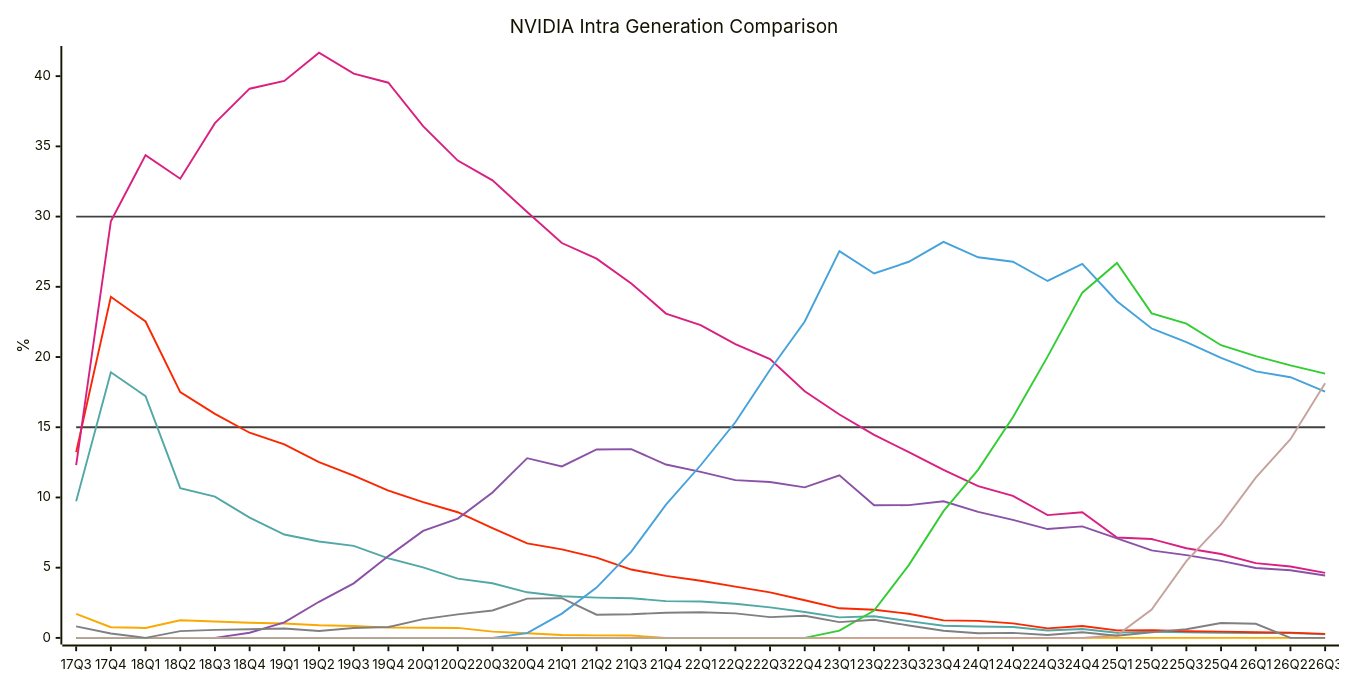
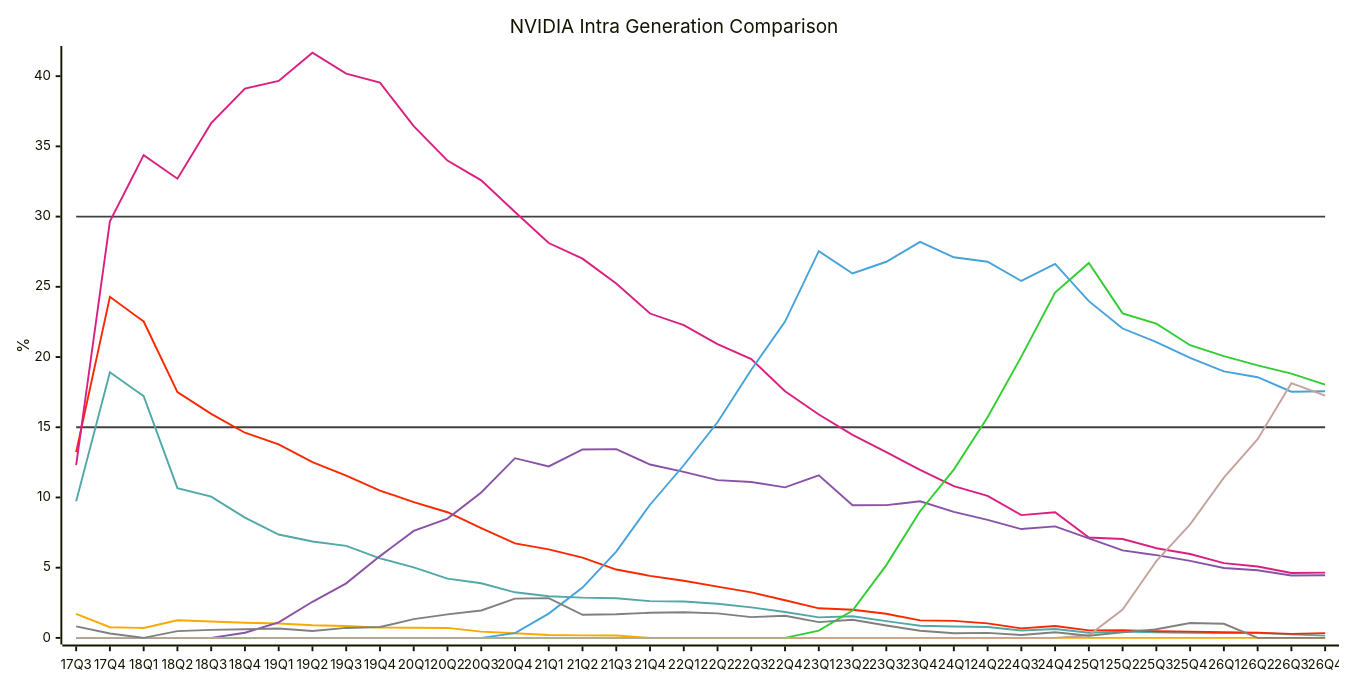
One commit to jdegene/steamHWsurvey changed the second of 31 diagrams in README.md. Above: the diagram before and after it, drawn with Mermaid. The commit also changed other lines of this file and 2 other files, not shown here.

````diff
--- a/README.md
+++ b/README.md
@@ -116,29 +116,29 @@
 ```mermaid
 ---
 config:
     xyChart:
         width: 1400
         height: 700
         
     themeVariables:
         xyChart:
             plotColorPalette: "#404040,#404040,#51a8a6,#f9a900,#f92800,#d92080,#8a52a6,#46a2da,#32CD32,#c6a29c,#808080"
 
 --- 
 
 xychart-beta
     title "NVIDIA Intra Generation Comparison"
-    x-axis [17Q3, 17Q4, 18Q1, 18Q2, 18Q3, 18Q4, 19Q1, 19Q2, 19Q3, 19Q4, 20Q1, 20Q2, 20Q3, 20Q4, 21Q1, 21Q2, 21Q3, 21Q4, 22Q1, 22Q2, 22Q3, 22Q4, 23Q1, 23Q2, 23Q3, 23Q4, 24Q1, 24Q2, 24Q3, 24Q4, 25Q1, 25Q2, 25Q3, 25Q4, 26Q1, 26Q2, 26Q3]
+    x-axis [17Q3, 17Q4, 18Q1, 18Q2, 18Q3, 18Q4, 19Q1, 19Q2, 19Q3, 19Q4, 20Q1, 20Q2, 20Q3, 20Q4, 21Q1, 21Q2, 21Q3, 21Q4, 22Q1, 22Q2, 22Q3, 22Q4, 23Q1, 23Q2, 23Q3, 23Q4, 24Q1, 24Q2, 24Q3, 24Q4, 25Q1, 25Q2, 25Q3, 25Q4, 26Q1, 26Q2, 26Q3, 26Q4]
     y-axis "%" 
- line [15, 15, 15, 15, 15, 15, 15, 15, 15, 15, 15, 15, 15, 15, 15, 15, 15, 15, 15, 15, 15, 15, 15, 15, 15, 15, 15, 15, 15, 15, 15, 15, 15, 15, 15, 15, 15]
- line [30, 30, 30, 30, 30, 30, 30, 30, 30, 30, 30, 30, 30, 30, 30, 30, 30, 30, 30, 30, 30, 30, 30, 30, 30, 30, 30, 30, 30, 30, 30, 30, 30, 30, 30, 30, 30]
-    line [9.725, 18.91, 17.213333333333335, 10.666666666666668, 10.056666666666668, 8.57, 7.359999999999999, 6.866666666666667, 6.553333333333333, 5.663333333333333, 5.026666666666666, 4.22, 3.8899999999999997, 3.2466666666666666, 2.9633333333333334, 2.8666666666666663, 2.8233333333333333, 2.62, 2.5866666666666664, 2.4266666666666667, 2.17, 1.8433333333333333, 1.4633333333333332, 1.5366666666666666, 1.1933333333333331, 0.8633333333333333, 0.8133333333333335, 0.78, 0.5266666666666667, 0.6366666666666666, 0.36666666666666664, 0.44333333333333336, 0.4, 0.36666666666666664, 0.345, 0.34, 0.25]
-    line [1.71, 0.76, 0.71, 1.26, 1.1633333333333333, 1.0799999999999998, 1.0233333333333332, 0.8966666666666666, 0.8433333333333333, 0.73, 0.7266666666666667, 0.71, 0.44333333333333336, 0.32666666666666666, 0.20666666666666667, 0.18000000000000002, 0.16999999999999998, 0, 0, 0, 0, 0, 0, 0, 0, 0, 0, 0, 0, 0, 0, 0, 0, 0, 0, 0, 0]
-    line [13.23, 24.28666666666667, 22.529999999999998, 17.503333333333334, 15.953333333333333, 14.610000000000001, 13.783333333333333, 12.520000000000001, 11.553333333333333, 10.489999999999998, 9.670000000000002, 8.946666666666667, 7.816666666666666, 6.7299999999999995, 6.303333333333333, 5.716666666666667, 4.866666666666667, 4.416666666666667, 4.066666666666666, 3.6533333333333333, 3.2433333333333336, 2.6833333333333336, 2.106666666666667, 2.0033333333333334, 1.7166666666666668, 1.2466666666666668, 1.21, 1.0333333333333332, 0.6766666666666666, 0.8466666666666666, 0.5366666666666666, 0.5466666666666667, 0.4766666666666666, 0.44999999999999996, 0.4, 0.37333333333333335, 0.2866666666666667]
-    line [12.305, 29.66333333333333, 34.37333333333333, 32.7, 36.65333333333333, 39.10666666666667, 39.656666666666666, 41.67, 40.18333333333333, 39.53333333333333, 36.43666666666667, 33.989999999999995, 32.583333333333336, 30.330000000000002, 28.12, 27.006666666666668, 25.240000000000002, 23.096666666666664, 22.27, 20.92, 19.853333333333335, 17.560000000000002, 15.906666666666666, 14.453333333333331, 13.223333333333331, 11.966666666666665, 10.803333333333333, 10.110000000000001, 8.743333333333332, 8.949999999999998, 7.1499999999999995, 7.04, 6.386666666666667, 5.973333333333334, 5.323333333333333, 5.0833333333333295, 4.626666666666663]
-    line [0, 0, 0, 0, 0, 0.37, 1.1033333333333333, 2.5700000000000003, 3.883333333333333, 5.823333333333333, 7.62, 8.493333333333334, 10.353333333333332, 12.796666666666667, 12.213333333333333, 13.420000000000002, 13.44, 12.346666666666668, 11.820000000000002, 11.236666666666666, 11.096666666666666, 10.72, 11.576666666666668, 9.443333333333333, 9.453333333333331, 9.726666666666667, 8.973333333333333, 8.406666666666666, 7.75, 7.943333333333334, 7.090000000000001, 6.23, 5.8933333333333335, 5.486666666666666, 4.976666666666666, 4.8199999999999905, 4.43999999999998]
-    line [0, 0, 0, 0, 0, 0, 0, 0, 0, 0, 0, 0, 0, 0.33499999999999996, 1.73, 3.58, 6.140000000000001, 9.483333333333333, 12.293333333333333, 15.356666666666666, 19.096666666666664, 22.526666666666664, 27.540000000000003, 25.94666666666667, 26.78333333333333, 28.196666666666665, 27.099999999999998, 26.78333333333333, 25.416666666666664, 26.626666666666665, 23.976666666666667, 22.029999999999998, 21.063333333333333, 19.933333333333334, 18.974999999999994, 18.563333333333322, 17.529999999999983]
-    line [0, 0, 0, 0, 0, 0, 0, 0, 0, 0, 0, 0, 0, 0, 0, 0, 0, 0, 0, 0, 0, 0, 0.52, 1.95, 5.183333333333334, 9.023333333333333, 11.983333333333333, 15.706666666666665, 20.026666666666667, 24.583333333333336, 26.693333333333335, 23.11, 22.376666666666665, 20.84, 20.058333333333323, 19.406666666666652, 18.823333333333316]
-    line [0, 0, 0, 0, 0, 0, 0, 0, 0, 0, 0, 0, 0, 0, 0, 0, 0, 0, 0, 0, 0, 0, 0, 0, 0, 0, 0, 0, 0, 0, 0.19, 2.0233333333333334, 5.463333333333334, 8.09, 11.408333333333324, 14.15333333333331, 18.13999999999998]
-    line [0.8199999999999998, 0.31000000000000005, 0, 0.48, 0.5700000000000001, 0.6133333333333334, 0.67, 0.49000000000000005, 0.71, 0.7766666666666667, 1.3333333333333335, 1.6733333333333333, 1.95, 2.796666666666667, 2.833333333333333, 1.6500000000000001, 1.6833333333333336, 1.7933333333333332, 1.8233333333333335, 1.7466666666666668, 1.4766666666666666, 1.5733333333333335, 1.1266666666666667, 1.2933333333333332, 0.8833333333333334, 0.5050000000000001, 0.32666666666666666, 0.35666666666666674, 0.21, 0.4, 0.15, 0.4, 0.6166666666666667, 1.06, 1.005, 0, 0]
+ line [15, 15, 15, 15, 15, 15, 15, 15, 15, 15, 15, 15, 15, 15, 15, 15, 15, 15, 15, 15, 15, 15, 15, 15, 15, 15, 15, 15, 15, 15, 15, 15, 15, 15, 15, 15, 15, 15]
+ line [30, 30, 30, 30, 30, 30, 30, 30, 30, 30, 30, 30, 30, 30, 30, 30, 30, 30, 30, 30, 30, 30, 30, 30, 30, 30, 30, 30, 30, 30, 30, 30, 30, 30, 30, 30, 30, 30]
+    line [9.725, 18.91, 17.213333333333335, 10.666666666666668, 10.056666666666668, 8.57, 7.359999999999999, 6.866666666666667, 6.553333333333333, 5.663333333333333, 5.026666666666666, 4.22, 3.8899999999999997, 3.2466666666666666, 2.9633333333333334, 2.8666666666666663, 2.8233333333333333, 2.62, 2.5866666666666664, 2.4266666666666667, 2.17, 1.8433333333333333, 1.4633333333333332, 1.5366666666666666, 1.1933333333333331, 0.8633333333333333, 0.8133333333333335, 0.78, 0.5266666666666667, 0.6366666666666666, 0.36666666666666664, 0.44333333333333336, 0.4, 0.36666666666666664, 0.345, 0.34, 0.25, 0.16]
+    line [1.71, 0.76, 0.71, 1.26, 1.1633333333333333, 1.0799999999999998, 1.0233333333333332, 0.8966666666666666, 0.8433333333333333, 0.73, 0.7266666666666667, 0.71, 0.44333333333333336, 0.32666666666666666, 0.20666666666666667, 0.18000000000000002, 0.16999999999999998, 0, 0, 0, 0, 0, 0, 0, 0, 0, 0, 0, 0, 0, 0, 0, 0, 0, 0, 0, 0, 0]
+    line [13.23, 24.28666666666667, 22.529999999999998, 17.503333333333334, 15.953333333333333, 14.610000000000001, 13.783333333333333, 12.520000000000001, 11.553333333333333, 10.489999999999998, 9.670000000000002, 8.946666666666667, 7.816666666666666, 6.7299999999999995, 6.303333333333333, 5.716666666666667, 4.866666666666667, 4.416666666666667, 4.066666666666666, 3.6533333333333333, 3.2433333333333336, 2.6833333333333336, 2.106666666666667, 2.0033333333333334, 1.7166666666666668, 1.2466666666666668, 1.21, 1.0333333333333332, 0.6766666666666666, 0.8466666666666666, 0.5366666666666666, 0.5466666666666667, 0.4766666666666666, 0.44999999999999996, 0.4, 0.37333333333333335, 0.2866666666666667, 0.34]
+    line [12.305, 29.66333333333333, 34.37333333333333, 32.7, 36.653333333333336, 39.10666666666667, 39.656666666666666, 41.67, 40.18333333333333, 39.53333333333333, 36.43666666666667, 33.989999999999995, 32.583333333333336, 30.330000000000002, 28.12, 27.006666666666668, 25.240000000000002, 23.096666666666664, 22.27, 20.92, 19.85333333333333, 17.56, 15.906666666666666, 14.453333333333331, 13.223333333333331, 11.966666666666665, 10.803333333333333, 10.110000000000001, 8.743333333333332, 8.949999999999998, 7.1499999999999995, 7.04, 6.386666666666667, 5.973333333333334, 5.323333333333333, 5.0833333333333295, 4.626666666666663, 4.65]
+    line [0, 0, 0, 0, 0, 0.37, 1.1033333333333333, 2.5700000000000003, 3.883333333333333, 5.823333333333333, 7.62, 8.493333333333334, 10.353333333333332, 12.796666666666667, 12.213333333333333, 13.420000000000002, 13.44, 12.346666666666668, 11.820000000000002, 11.236666666666666, 11.096666666666666, 10.72, 11.576666666666668, 9.443333333333333, 9.453333333333331, 9.726666666666667, 8.973333333333333, 8.406666666666666, 7.75, 7.9433333333333325, 7.090000000000001, 6.23, 5.8933333333333335, 5.486666666666666, 4.976666666666666, 4.8199999999999905, 4.43999999999998, 4.459999999999989]
+    line [0, 0, 0, 0, 0, 0, 0, 0, 0, 0, 0, 0, 0, 0.33499999999999996, 1.73, 3.58, 6.140000000000001, 9.483333333333333, 12.293333333333333, 15.356666666666666, 19.096666666666664, 22.526666666666664, 27.540000000000003, 25.94666666666667, 26.78333333333333, 28.196666666666665, 27.099999999999998, 26.78333333333333, 25.416666666666664, 26.626666666666665, 23.976666666666667, 22.03, 21.063333333333333, 19.933333333333334, 18.974999999999994, 18.563333333333322, 17.529999999999983, 17.559999999999988]
+    line [0, 0, 0, 0, 0, 0, 0, 0, 0, 0, 0, 0, 0, 0, 0, 0, 0, 0, 0, 0, 0, 0, 0.52, 1.95, 5.183333333333334, 9.023333333333333, 11.983333333333334, 15.706666666666665, 20.026666666666667, 24.583333333333336, 26.693333333333335, 23.11, 22.376666666666665, 20.84, 20.058333333333323, 19.406666666666652, 18.823333333333316, 18.02999999999999]
+    line [0, 0, 0, 0, 0, 0, 0, 0, 0, 0, 0, 0, 0, 0, 0, 0, 0, 0, 0, 0, 0, 0, 0, 0, 0, 0, 0, 0, 0, 0, 0.19, 2.0233333333333334, 5.463333333333334, 8.09, 11.408333333333324, 14.15333333333331, 18.13999999999998, 17.24999999999999]
+    line [0.8199999999999998, 0.31000000000000005, 0, 0.48, 0.5700000000000001, 0.6133333333333334, 0.67, 0.49000000000000005, 0.71, 0.7766666666666667, 1.3333333333333335, 1.6733333333333333, 1.95, 2.796666666666667, 2.833333333333333, 1.6500000000000001, 1.6833333333333336, 1.7933333333333332, 1.8233333333333335, 1.7466666666666668, 1.4766666666666666, 1.5733333333333335, 1.1266666666666667, 1.2933333333333332, 0.8833333333333334, 0.5050000000000001, 0.32666666666666666, 0.35666666666666674, 0.21, 0.4, 0.15, 0.4, 0.6166666666666667, 1.06, 1.005, 0, 0, 0]
 ``` 
````
